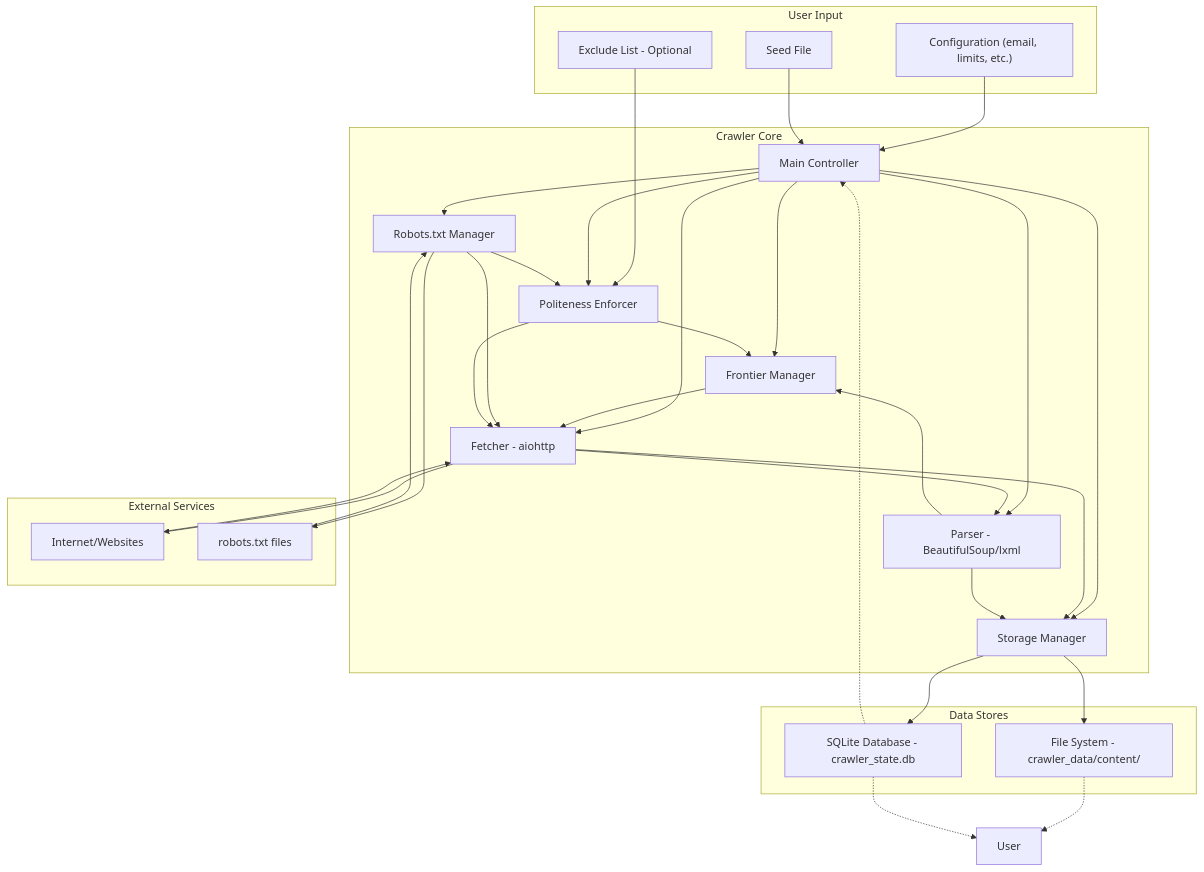
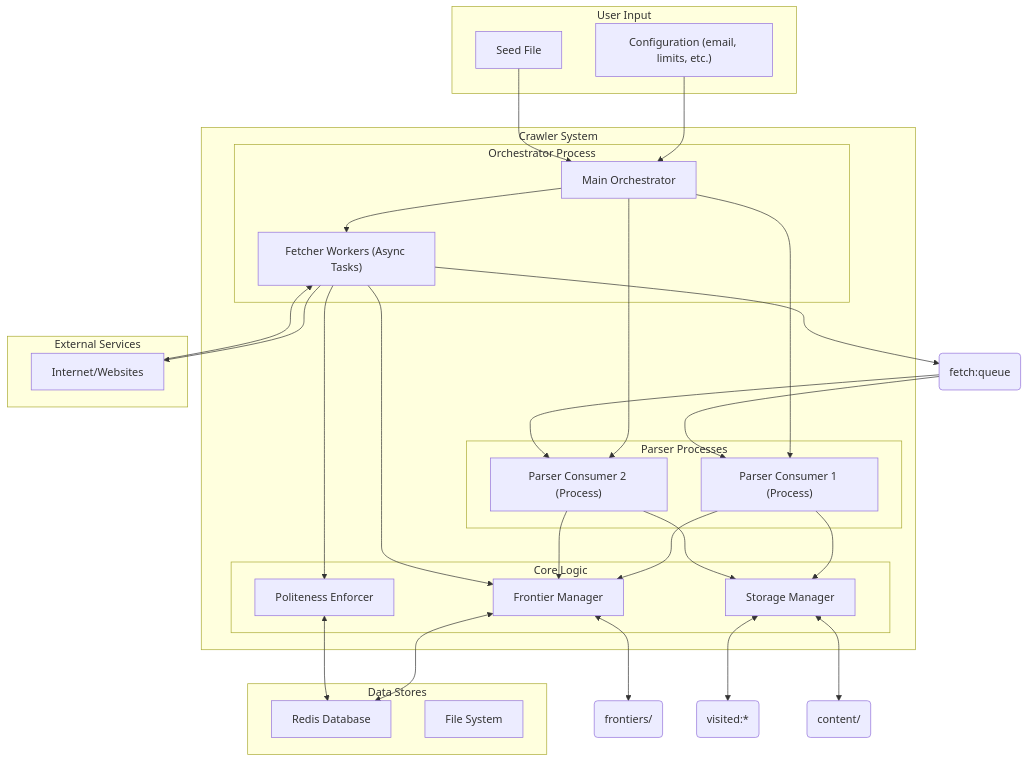
Before and after one commit to andrewkchan/vibe-coding-experiments: the diagram in crawler/PLAN.MD, drawn with Mermaid. The commit also changed other lines of this file and 23 other files, not shown here.

````diff
--- a/crawler/PLAN.MD
+++ b/crawler/PLAN.MD
@@ -75,63 +56,65 @@
 ```mermaid
 graph TD
     subgraph User Input
         SeedFile[Seed File]
-        ExcludeList[Exclude List - Optional]
         Config["Configuration (email, limits, etc.)"]
     end
 
-    subgraph Crawler Core
-        Main[Main Controller]
-        Frontier[Frontier Manager]
-        Fetcher["Fetcher - aiohttp"]
-        RobotsMgr["Robots.txt Manager"]
-        Parser["Parser - BeautifulSoup/lxml"]
-        Storage[Storage Manager]
-        Politeness[Politeness Enforcer]
+    subgraph Crawler System
+        subgraph Orchestrator Process
+            Main[Main Orchestrator]
+            FetcherPool["Fetcher Workers (Async Tasks)"]
+        end
+        
+        subgraph Parser Processes
+            Parser1["Parser Consumer 1 (Process)"]
+            Parser2["Parser Consumer 2 (Process)"]
+        end
+
+        subgraph Core Logic
+            Frontier[Frontier Manager]
+            Politeness[Politeness Enforcer]
+            Storage[Storage Manager]
+        end
     end
 
     subgraph Data Stores
-        SQLiteDB["SQLite Database - crawler_state.db"]
-        ContentFS["File System - crawler_data/content/"]
+        Redis[Redis Database]
+        FS["File System"]
     end
 
     subgraph External Services
         Web[Internet/Websites]
-        RobotsTxtFiles[robots.txt files]
     end
 
     %% Connections
     Config --> Main
     SeedFile --> Main
-    ExcludeList --> Politeness
+    Main --> FetcherPool
+    Main --> Parser1
+    Main --> Parser2
+    
+    FetcherPool --> Web
+    Web --> FetcherPool
+    
+    FetcherPool --> Redis_Queue(fetch:queue)
+    Redis_Queue --> Parser1
+    Redis_Queue --> Parser2
+    
+    Parser1 --> Frontier
+    Parser2 --> Frontier
+    
+    Frontier <--> Redis
+    Frontier <--> FS_Frontier(frontiers/)
+    
+    Parser1 --> Storage
+    Parser2 --> Storage
+    
+    Storage <--> Redis_Visited(visited:*)
+    Storage <--> FS_Content(content/)
 
-    Main --> Frontier
-    Main --> Fetcher
-    Main --> Parser
-    Main --> Storage
-    Main --> Politeness
-    Main --> RobotsMgr
-
-    Frontier --> Fetcher
-    Fetcher --> Web
-    Web --> Fetcher
-    Fetcher --> Parser
-    Fetcher --> Storage
-    Parser --> Frontier
-    Parser --> Storage
-
-    Storage --> SQLiteDB
-    Storage --> ContentFS
-
-    RobotsMgr --> RobotsTxtFiles
-    RobotsTxtFiles --> RobotsMgr
-    RobotsMgr --> Politeness
-    RobotsMgr --> Fetcher
-
-    Politeness --> Fetcher
-    Politeness --> Frontier
-
-    SQLiteDB -.-> Main
-    ContentFS -.-> User
-    SQLiteDB -.-> User
+    Politeness <--> Redis
+    
+    FetcherPool --> Frontier
+    FetcherPool --> Politeness
 ```
````
